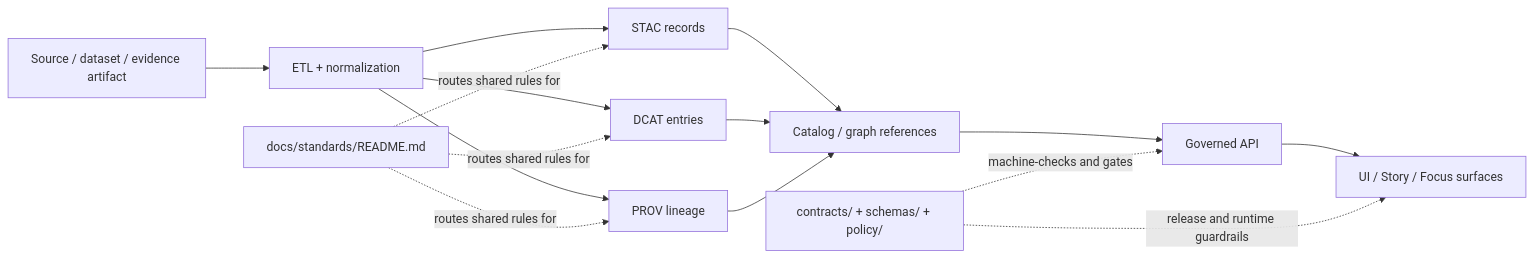
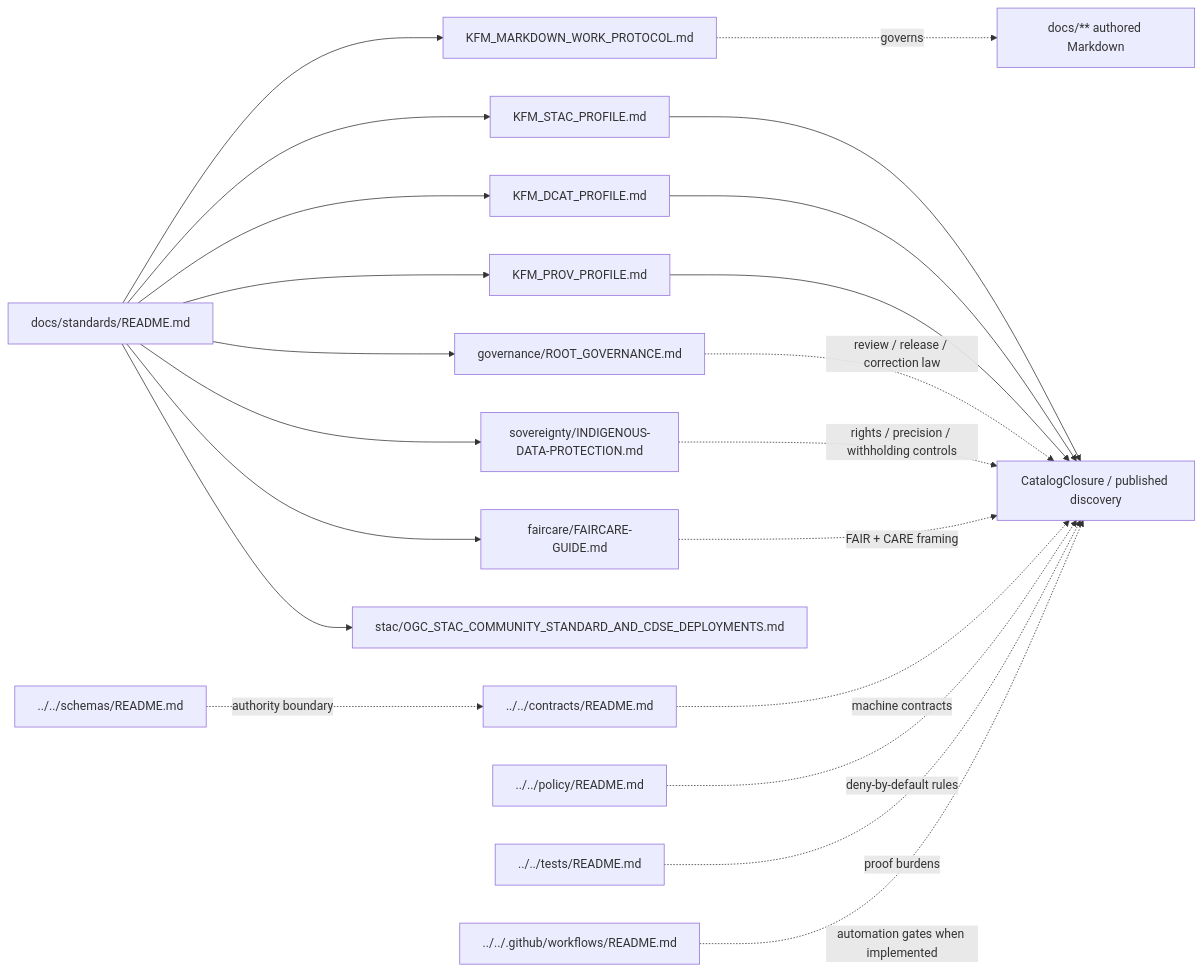
One commit to bartytime4life/Kansas-Frontier-Matrix changed the diagram in docs/standards/README.md. Above: the diagram before and after it, drawn with Mermaid. The commit also changed other lines of this file, not shown here.

First line of the commit message:
Revise standards README for clarity and updates

````diff
--- a/docs/standards/README.md
+++ b/docs/standards/README.md
@@ -212,19 +252,26 @@
 ```mermaid
 flowchart LR
-    A[Source / dataset / evidence artifact] --> B[ETL + normalization]
-    B --> C[STAC records]
-    B --> D[DCAT entries]
-    B --> E[PROV lineage]
-    C --> F[Catalog / graph references]
-    D --> F
-    E --> F
-    F --> G[Governed API]
-    G --> H[UI / Story / Focus surfaces]
+    IDX[docs/standards/README.md] --> STAC[KFM_STAC_PROFILE.md]
+    IDX --> DCAT[KFM_DCAT_PROFILE.md]
+    IDX --> PROV[KFM_PROV_PROFILE.md]
+    IDX --> MD[KFM_MARKDOWN_WORK_PROTOCOL.md]
+    IDX --> GOV[governance/ROOT_GOVERNANCE.md]
+    IDX --> FAIR[faircare/FAIRCARE-GUIDE.md]
+    IDX --> SOV[sovereignty/INDIGENOUS-DATA-PROTECTION.md]
+    IDX --> NOTE[stac/OGC_STAC_COMMUNITY_STANDARD_AND_CDSE_DEPLOYMENTS.md]
 
-    I[docs/standards/README.md] -.routes shared rules for.-> C
-    I -.routes shared rules for.-> D
-    I -.routes shared rules for.-> E
+    STAC --> CLOSURE[CatalogClosure / published discovery]
+    DCAT --> CLOSURE
+    PROV --> CLOSURE
 
-    J[contracts/ + schemas/ + policy/] -.machine-checks and gates.-> G
-    J -.release and runtime guardrails.-> H
+    MD -.governs.-> DOCS[docs/** authored Markdown]
+    GOV -.review / release / correction law.-> CLOSURE
+    SOV -.rights / precision / withholding controls.-> CLOSURE
+    FAIR -.FAIR + CARE framing.-> CLOSURE
+
+    CONTRACTS[../../contracts/README.md] -.machine contracts.-> CLOSURE
+    SCHEMAS[../../schemas/README.md] -.authority boundary.-> CONTRACTS
+    POLICY[../../policy/README.md] -.deny-by-default rules.-> CLOSURE
+    TESTS[../../tests/README.md] -.proof burdens.-> CLOSURE
+    WF[../../.github/workflows/README.md] -.automation gates when implemented.-> CLOSURE
 ```
````
